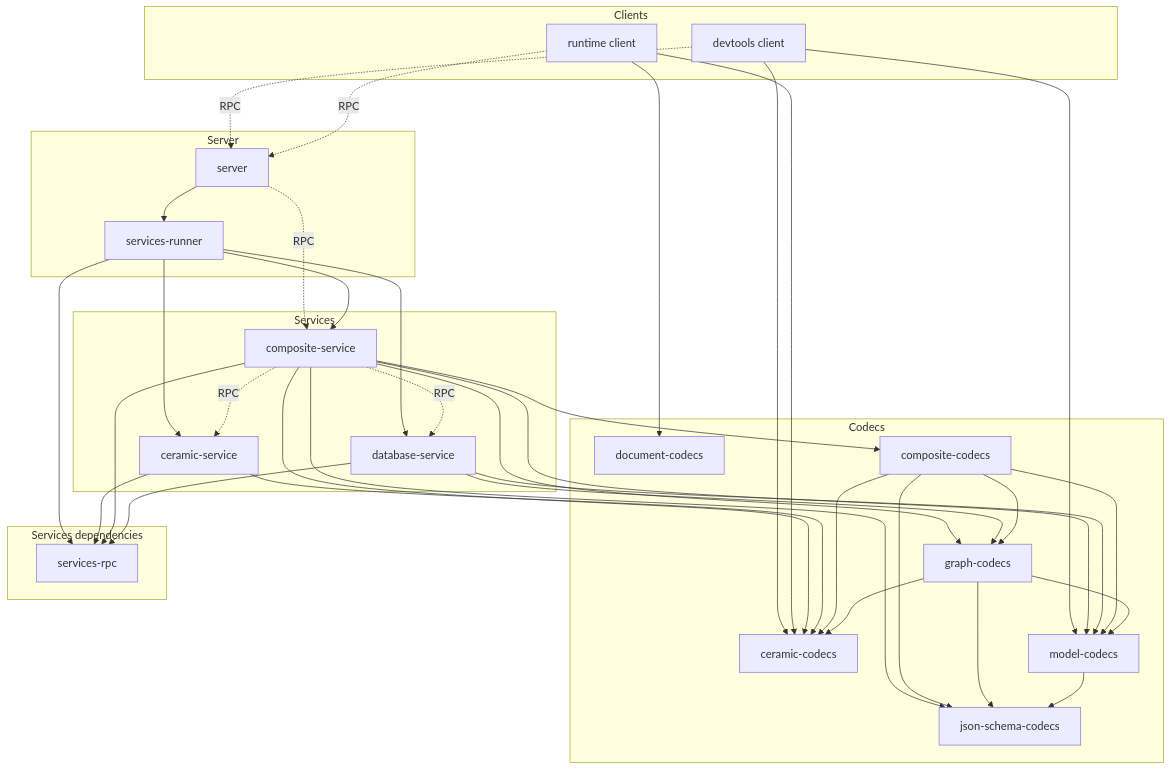
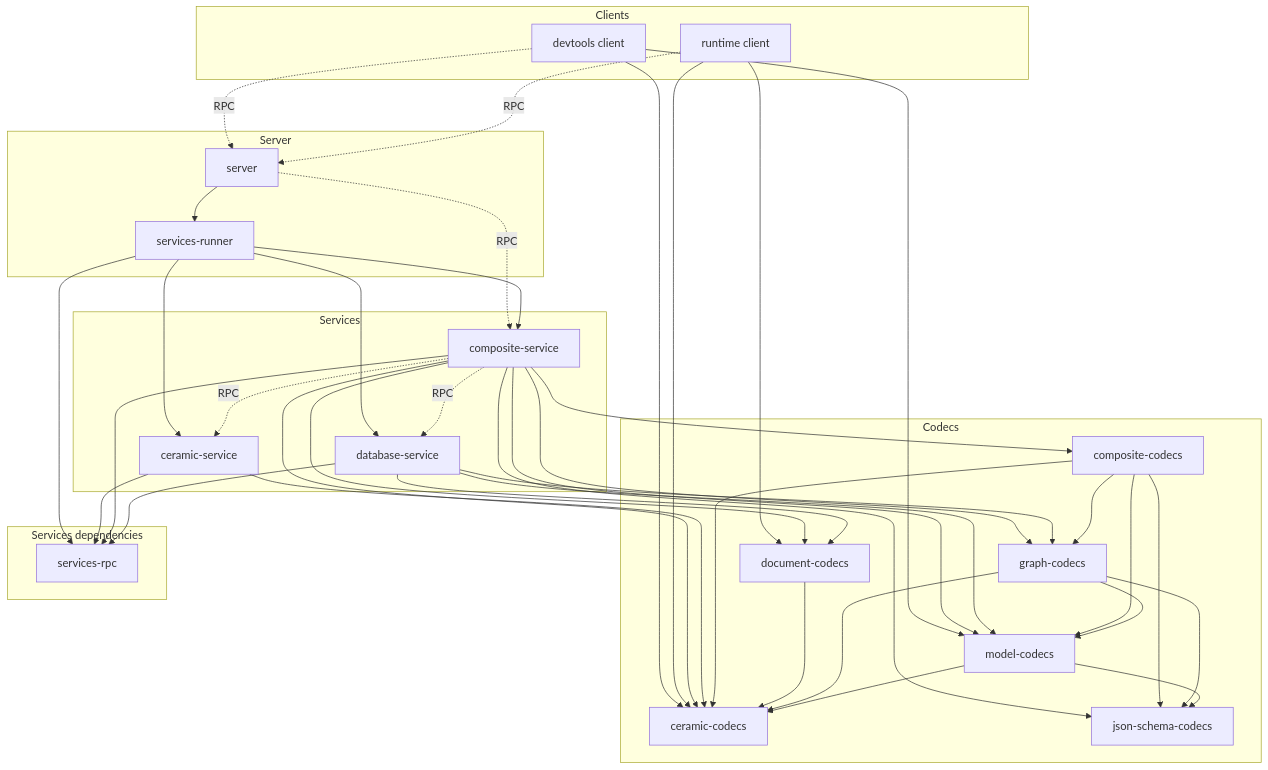
Before and after one commit to ceramicstudio/js-composedb: the diagram in ARCHITECTURE.md, drawn with Mermaid. The commit also changed 31 other files, not shown here.

````diff
--- a/ARCHITECTURE.md
+++ b/ARCHITECTURE.md
@@ -1,45 +1,46 @@
 ```mermaid
 flowchart TD
   subgraph Clients
     DEVC[devtools client]
     RUNC[runtime client]
   end
   DEVC --> CERC & MODC
   RUNC --> CERC & DOCC
 
   subgraph Server
     SER[server]
     SRUN[services-runner]    
   end
   DEVC & RUNC -.->|RPC| SER
   SER --> SRUN
   SER -.->|RPC| COMS
   SRUN --> CERS & COMS & DBS & SRPC
 
   subgraph Services
     CERS[ceramic-service]
     COMS[composite-service]
     DBS[database-service]
     COMS -.->|RPC| CERS & DBS
   end
   CERS & COMS & DBS --> SRPC
-  COMS --> CERC & COMC & JSSC & GRAC & MODC
+  COMS --> CERC & COMC & DOCC & JSSC & GRAC & MODC
   CERS --> CERC
-  DBS --> GRAC & MODC
+  DBS --> DOCC & GRAC & MODC
 
   subgraph Codecs
     CERC[ceramic-codecs]
     COMC[composite-codecs]
     DOCC[document-codecs]
     GRAC[graph-codecs]
     JSSC[json-schema-codecs]
     MODC[model-codecs]
   end
   COMC --> CERC & JSSC & GRAC & MODC
+  DOCC --> CERC
   GRAC --> CERC & JSSC & MODC
-  MODC --> JSSC
+  MODC --> CERC & JSSC
 
   subgraph Services dependencies
     SRPC[services-rpc]
   end
 ```
````
